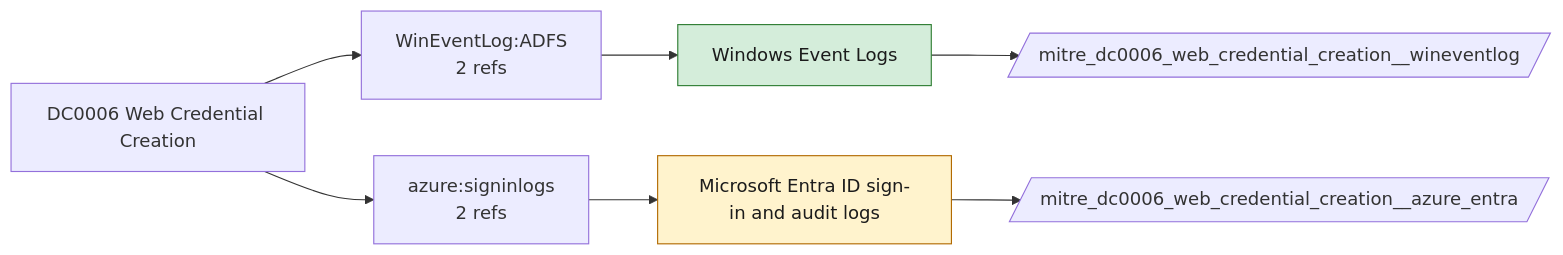
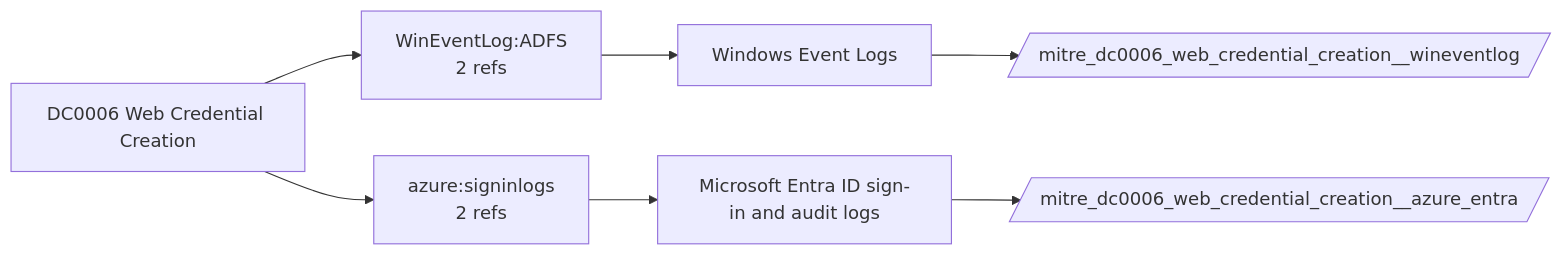
The diagram in docs/data-components/DC0006-web-credential-creation.md (dev-nobytes-io/mitre-defensive-mappings-spl), drawn with Mermaid before and after one commit. The commit also changed other lines of this file and 366 other files, not shown here.

````diff
--- a/docs/data-components/DC0006-web-credential-creation.md
+++ b/docs/data-components/DC0006-web-credential-creation.md
@@ -19,16 +19,12 @@
 ```mermaid
 flowchart LR
   DC["DC0006 Web Credential Creation"]
   DC --> LS0["WinEventLog:ADFS<br/>2 refs"]
   F_wineventlog["Windows Event Logs"]
   LS0 --> F_wineventlog
   DC --> LS1["azure:signinlogs<br/>2 refs"]
   F_azure_entra["Microsoft Entra ID sign-in and audit logs"]
   LS1 --> F_azure_entra
+  F_azure_entra --> ET_azure_entra[/"mitre_dc0006_web_credential_creation__azure_entra"/]
   F_wineventlog --> ET_wineventlog[/"mitre_dc0006_web_credential_creation__wineventlog"/]
-  class F_wineventlog live
-  F_azure_entra --> ET_azure_entra[/"mitre_dc0006_web_credential_creation__azure_entra"/]
-  class F_azure_entra ready
-  classDef live fill:#d4edda,stroke:#2e7d32,color:#1b1b1b
-  classDef ready fill:#fff3cd,stroke:#b26a00,color:#1b1b1b
 ```
````
